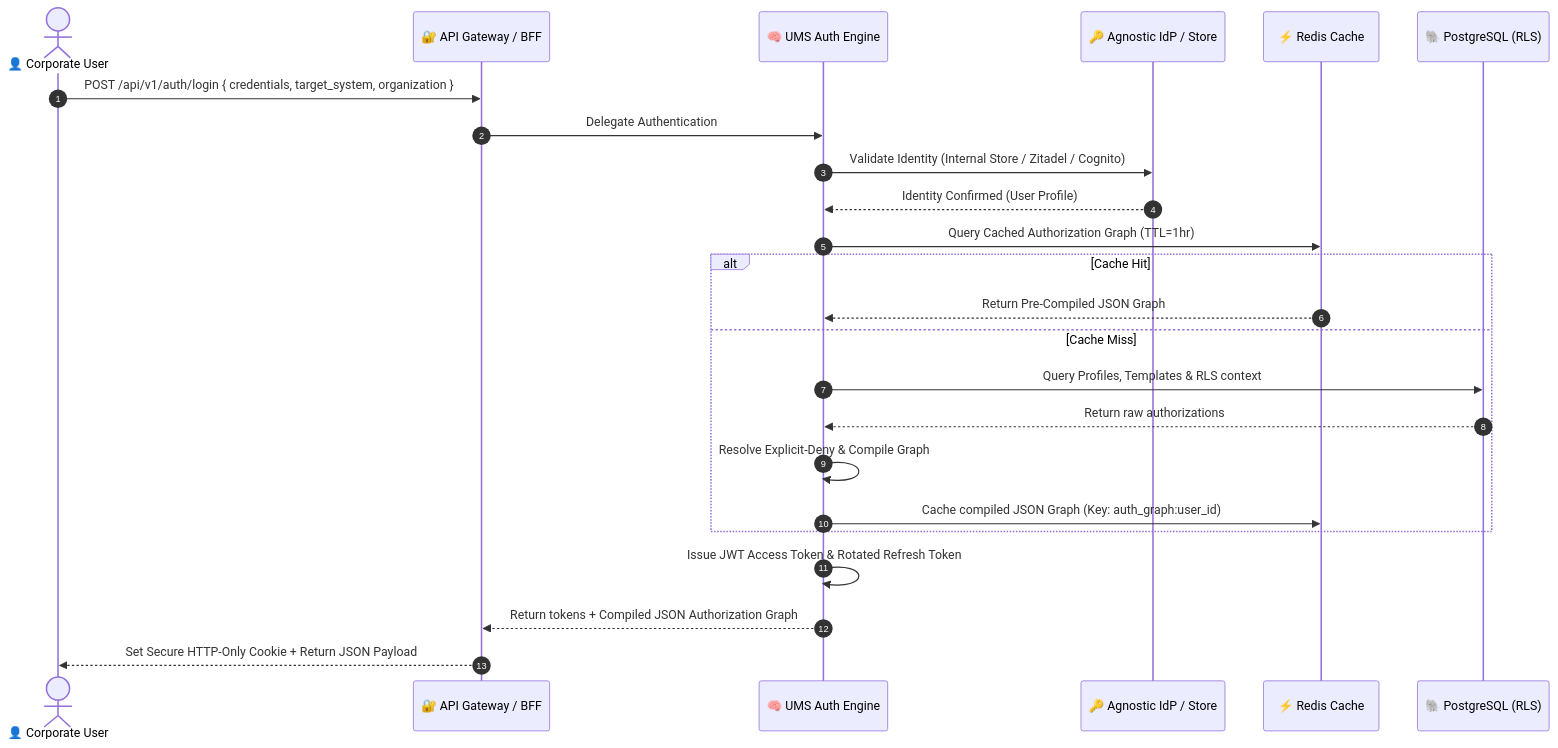
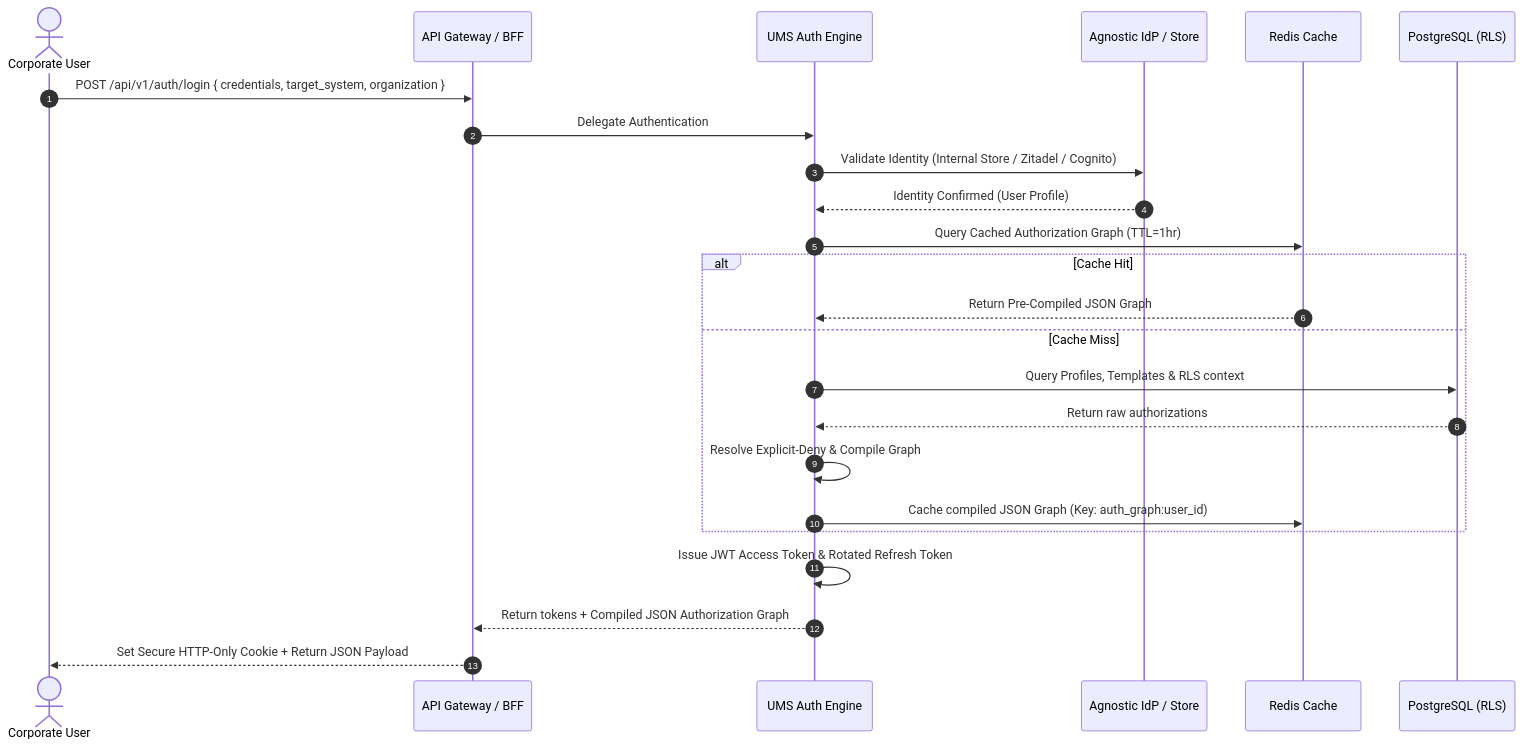
The diagram in architecture/artifacts-es/high-concurrency-auth-specification.md (beyondnetcode/ums), drawn with Mermaid before and after one commit. The commit also changed other lines of this file and 187 other files, not shown here.

Commit message:
docs: synchronize and update architecture decision records, governance requirements, and operational documentation in Spanish and English

````diff
--- a/architecture/artifacts-es/high-concurrency-auth-specification.md
+++ b/architecture/artifacts-es/high-concurrency-auth-specification.md
@@ -43,27 +43,27 @@
 ```mermaid
 sequenceDiagram
     autonumber
-    actor User as 👤 Corporate User
-    participant Gateway as 🔐 API Gateway / BFF
-    participant AuthEngine as 🧠 UMS Auth Engine
-    participant IdP as 🔑 Agnostic IdP / Store
-    participant Redis as ⚡ Redis Cache
-    participant DB as 🐘 PostgreSQL (RLS)
+    actor User as  Corporate User
+    participant Gateway as  API Gateway / BFF
+    participant AuthEngine as  UMS Auth Engine
+    participant IdP as  Agnostic IdP / Store
+    participant Redis as  Redis Cache
+    participant DB as  PostgreSQL (RLS)
 
     User->>Gateway: POST /api/v1/auth/login { credentials, target_system, organization }
     Gateway->>AuthEngine: Delegate Authentication
     AuthEngine->>IdP: Validate Identity (Internal Store / Zitadel / Cognito)
     IdP-->>AuthEngine: Identity Confirmed (User Profile)
     AuthEngine->>Redis: Query Cached Authorization Graph (TTL=1hr)
     alt Cache Hit
         Redis-->>AuthEngine: Return Pre-Compiled JSON Graph
     else Cache Miss
         AuthEngine->>DB: Query Profiles, Templates & RLS context
         DB-->>AuthEngine: Return raw authorizations
         AuthEngine->>AuthEngine: Resolve Explicit-Deny & Compile Graph
         AuthEngine->>Redis: Cache compiled JSON Graph (Key: auth_graph:user_id)
     end
     AuthEngine->>AuthEngine: Issue JWT Access Token & Rotated Refresh Token
     AuthEngine-->>Gateway: Return tokens + Compiled JSON Authorization Graph
     Gateway-->>User: Set Secure HTTP-Only Cookie + Return JSON Payload
 ```
````
